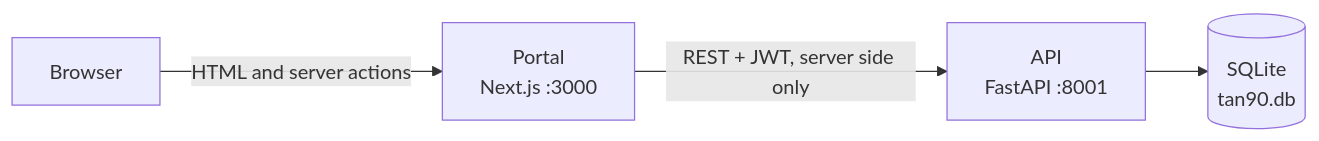
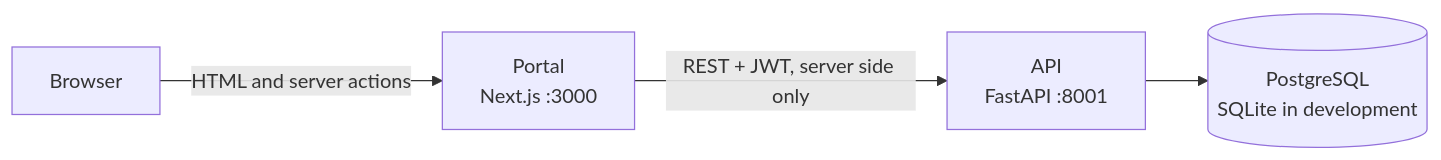
Before and after one commit to Rajvarma-hub/Tan90: the first of 3 diagrams in docs/DEVELOPMENT.md, drawn with Mermaid. The commit also changed other lines of this file and 163 other files, not shown here.

````diff
--- a/docs/DEVELOPMENT.md
+++ b/docs/DEVELOPMENT.md
@@ -33,6 +33,6 @@
 ```mermaid
 flowchart LR
     B[Browser] -->|HTML and server actions| P[Portal<br/>Next.js :3000]
     P -->|REST + JWT, server side only| A[API<br/>FastAPI :8001]
-    A --> D[(SQLite<br/>tan90.db)]
+    A --> D[(PostgreSQL<br/>SQLite in development)]
 ```
````
